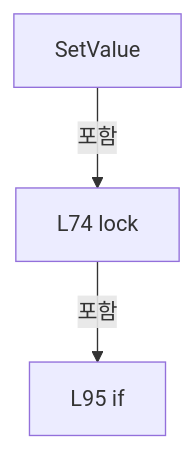
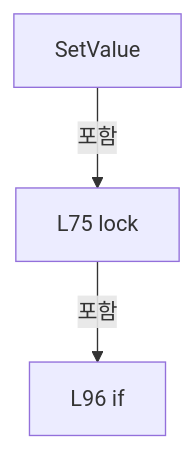
One commit to kjuws10-rgb/Shared changed the fourth of 11 diagrams in A3 LD Code Ref/files/Drilling.Common/Managers/CSettingManager.cs.md. Above: the diagram before and after it, drawn with Mermaid. The commit also changed other lines of this file and 2071 other files, not shown here.

Commit message:
docs(a3): update 11.19.0 architecture and code reference

````diff
--- a/A3 LD Code Ref/files/Drilling.Common/Managers/CSettingManager.cs.md
+++ b/A3 LD Code Ref/files/Drilling.Common/Managers/CSettingManager.cs.md
@@ -746,8 +748,8 @@
 ```mermaid
 flowchart TD
  M["SetValue"]
- N0["L74 lock"]
+ N0["L75 lock"]
  M -->|포함| N0
- N1["L95 if"]
+ N1["L96 if"]
  N0 -->|포함| N1
 ```
````
